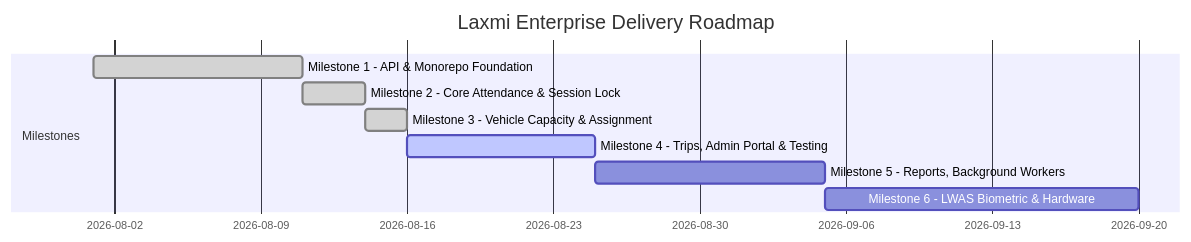
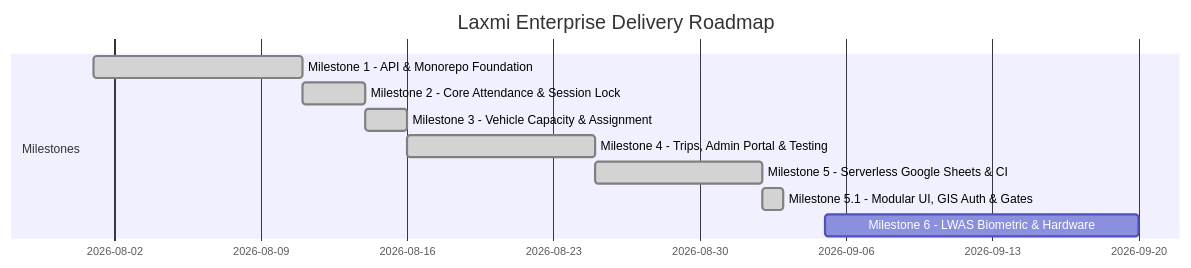
One commit to visionloop-org/LaxmiEnterprise changed the diagram in GOALS.md. Above: the diagram before and after it, drawn with Mermaid. The commit also changed other lines of this file and 7 other files, not shown here.

Commit message:
docs: synchronize all markdown docs with v4.1 modular serverless architecture, Google Auth, and pre-push gates

````diff
--- a/GOALS.md
+++ b/GOALS.md
@@ -81,12 +81,13 @@
 ```mermaid
 gantt
     title Laxmi Enterprise Delivery Roadmap
     dateFormat  YYYY-MM-DD
     section Milestones
     Milestone 1 - API & Monorepo Foundation      :done,    m1, 2026-08-01, 2026-08-11
     Milestone 2 - Core Attendance & Session Lock :done,    m2, 2026-08-11, 2026-08-14
     Milestone 3 - Vehicle Capacity & Assignment  :done,    m3, 2026-08-14, 2026-08-16
-    Milestone 4 - Trips, Admin Portal & Testing  :active,  m4, 2026-08-16, 2026-08-25
-    Milestone 5 - Reports, Background Workers    :         m5, 2026-08-25, 2026-09-05
+    Milestone 4 - Trips, Admin Portal & Testing  :done,    m4, 2026-08-16, 2026-08-25
+    Milestone 5 - Serverless Google Sheets & CI  :done,    m5, 2026-08-25, 2026-09-02
+    Milestone 5.1 - Modular UI, GIS Auth & Gates :done,    m51, 2026-09-02, 2026-09-03
     Milestone 6 - LWAS Biometric & Hardware      :         m6, 2026-09-05, 2026-09-20
 ```
````
